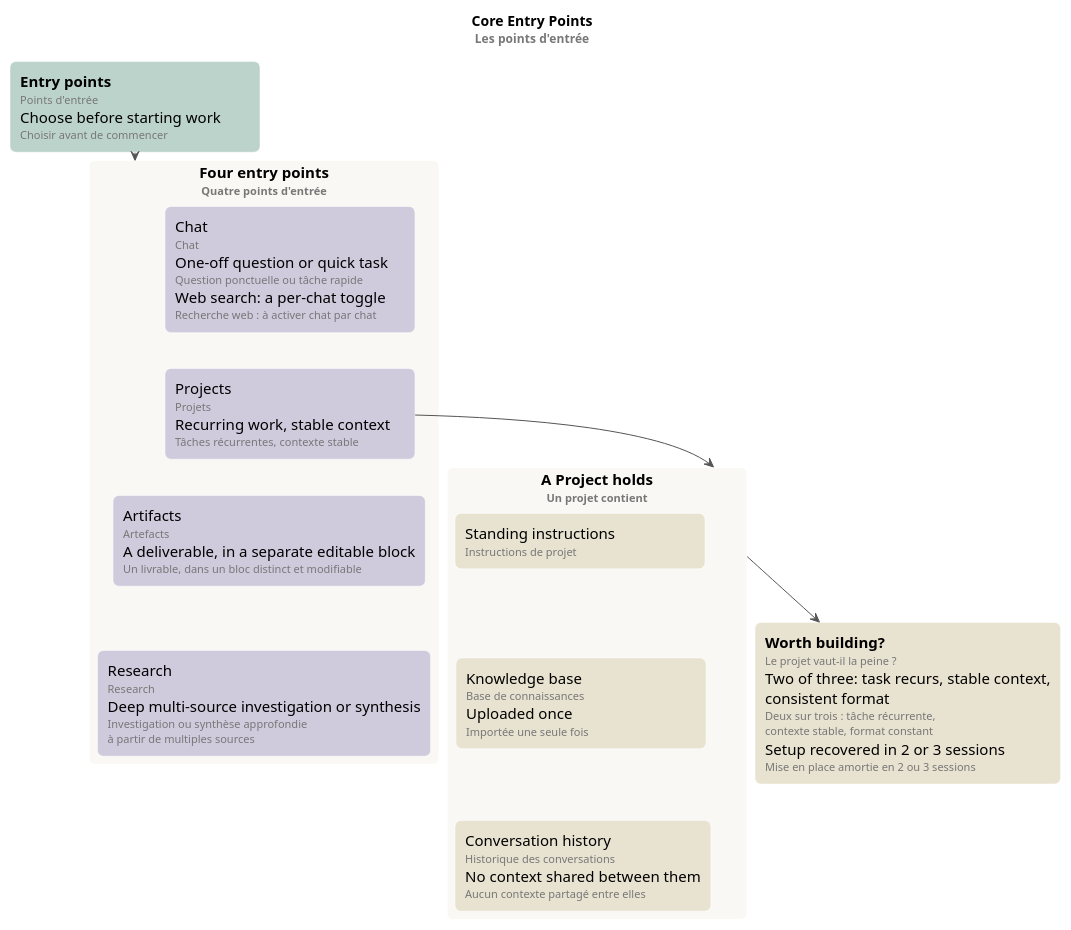
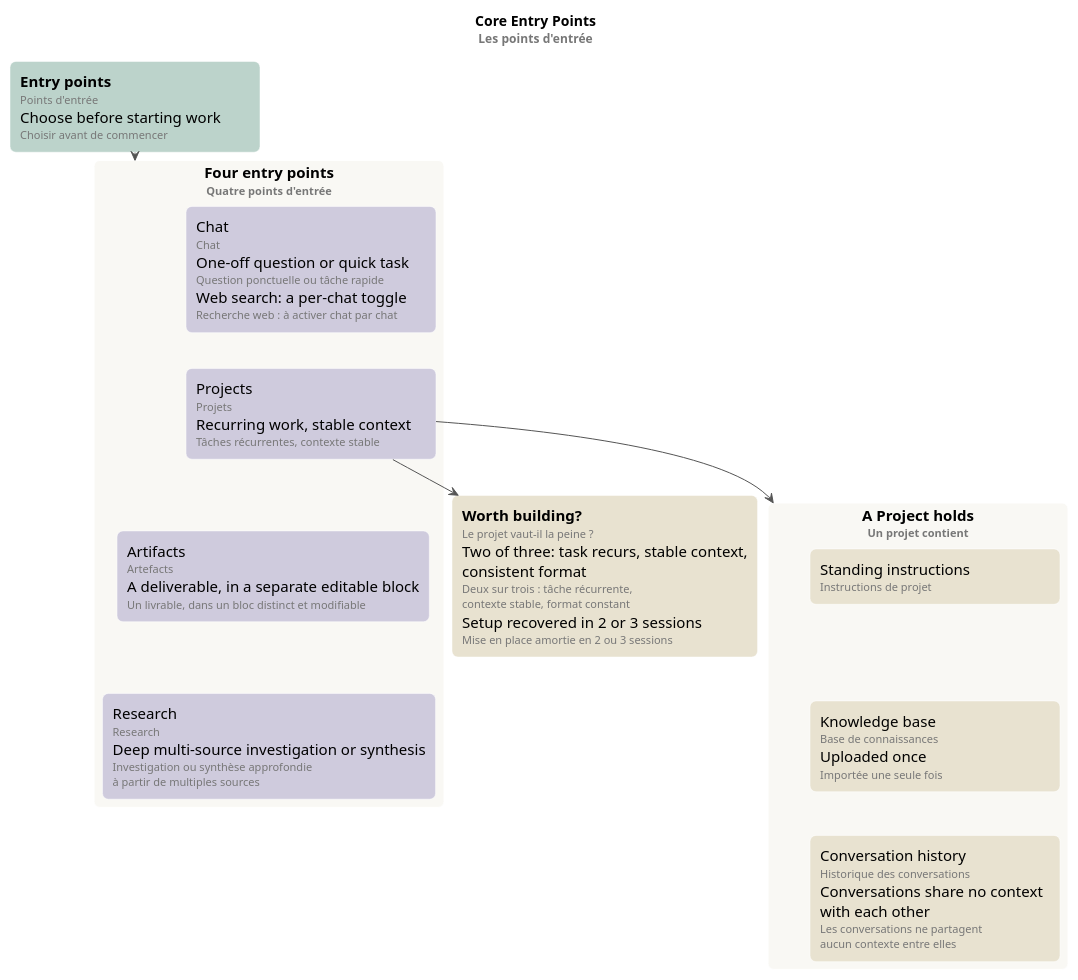
One commit to ltruchot/anthropic-academy-ai-glossary changed the diagram in 03-claude-platform-and-model-foundations/mindmap/entry-points.puml. Above: the diagram before and after it, drawn with PlantUML. The commit also changed 19 other files, not shown here.

```diff
--- a/03-claude-platform-and-model-foundations/mindmap/entry-points.puml
+++ b/03-claude-platform-and-model-foundations/mindmap/entry-points.puml
@@ -1,49 +1,49 @@
 @startuml entry-points
 ' Render: java -jar plantuml.jar -tsvg entry-points.puml (smetana: no Graphviz needed).
 !pragma layout smetana
 
 skinparam defaultFontName Helvetica
 skinparam shadowing false
 skinparam roundCorner 12
 skinparam ArrowColor #555555
 skinparam rectangle {
   BorderColor #FFFFFF
   FontSize 15
 }
 <style>
 rectangle {
   MinimumWidth 230
 }
 </style>
 
 title Core Entry Points\n<size:12><color:#777>Les points d'entrée</color></size>
 
 rectangle "**Entry points**\n<size:11><color:#777>Points d'entrée</color></size>\nChoose before starting work\n<size:11><color:#777>Choisir avant de commencer</color></size>" as EP #BCD3CB
 
 rectangle "**Four entry points**\n<size:11><color:#777>Quatre points d'entrée</color></size>" as FOUR #F9F8F4 {
   rectangle "Chat\n<size:11><color:#777>Chat</color></size>\nOne-off question or quick task\n<size:11><color:#777>Question ponctuelle ou tâche rapide</color></size>\nWeb search: a per-chat toggle\n<size:11><color:#777>Recherche web : à activer chat par chat</color></size>" as CH #CFCBDD
   rectangle "Projects\n<size:11><color:#777>Projets</color></size>\nRecurring work, stable context\n<size:11><color:#777>Tâches récurrentes, contexte stable</color></size>" as PR #CFCBDD
   rectangle "Artifacts\n<size:11><color:#777>Artefacts</color></size>\nA deliverable, in a separate editable block\n<size:11><color:#777>Un livrable, dans un bloc distinct et modifiable</color></size>" as AR #CFCBDD
   rectangle "Research\n<size:11><color:#777>Research</color></size>\nDeep multi-source investigation or synthesis\n<size:11><color:#777>Investigation ou synthèse approfondie</color></size>\n<size:11><color:#777>à partir de multiples sources</color></size>" as RE #CFCBDD
 }
 
 rectangle "**A Project holds**\n<size:11><color:#777>Un projet contient</color></size>" as HOLDS #F9F8F4 {
   rectangle "Standing instructions\n<size:11><color:#777>Instructions de projet</color></size>" as SI #E8E2D0
   rectangle "Knowledge base\n<size:11><color:#777>Base de connaissances</color></size>\nUploaded once\n<size:11><color:#777>Importée une seule fois</color></size>" as KB #E8E2D0
-  rectangle "Conversation history\n<size:11><color:#777>Historique des conversations</color></size>\nNo context shared between them\n<size:11><color:#777>Aucun contexte partagé entre elles</color></size>" as CV #E8E2D0
+  rectangle "Conversation history\n<size:11><color:#777>Historique des conversations</color></size>\nConversations share no context\nwith each other\n<size:11><color:#777>Les conversations ne partagent</color></size>\n<size:11><color:#777>aucun contexte entre elles</color></size>" as CV #E8E2D0
 }
 
 rectangle "**Worth building?**\n<size:11><color:#777>Le projet vaut-il la peine ?</color></size>\nTwo of three: task recurs, stable context,\nconsistent format\n<size:11><color:#777>Deux sur trois : tâche récurrente,</color></size>\n<size:11><color:#777>contexte stable, format constant</color></size>\nSetup recovered in 2 or 3 sessions\n<size:11><color:#777>Mise en place amortie en 2 ou 3 sessions</color></size>" as WB #E8E2D0
 
 ' The course's order, top to bottom.
 CH -[hidden]down- PR
 PR -[hidden]down- AR
 AR -[hidden]down- RE
 SI -[hidden]down- KB
 KB -[hidden]down- CV
 
 EP --> FOUR
 PR --> HOLDS
-HOLDS --> WB
+PR --> WB
 
 @enduml
```
